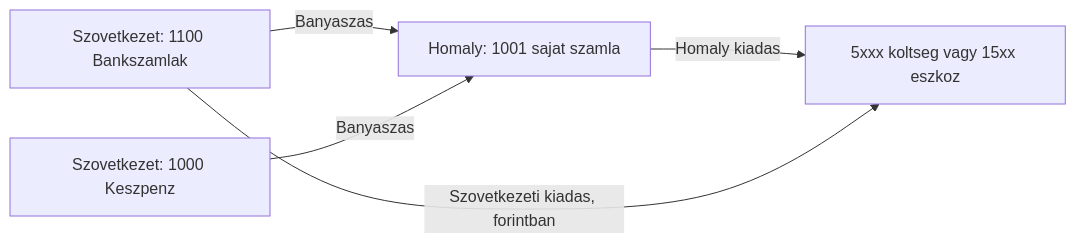
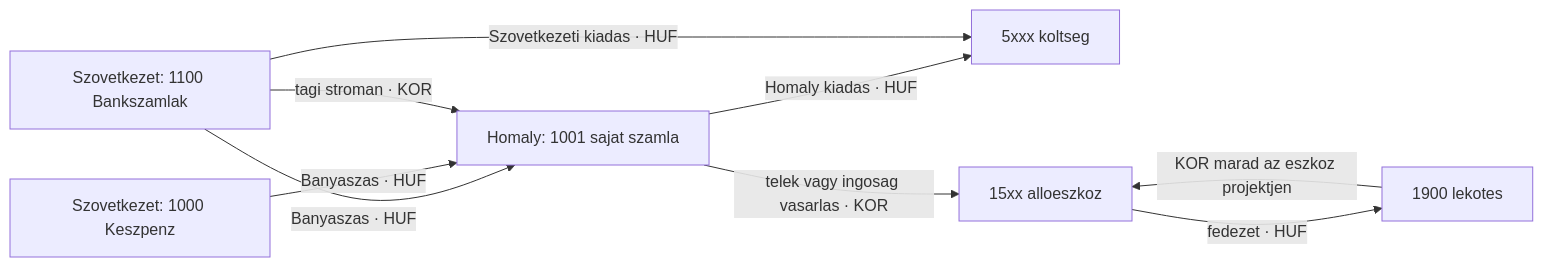
Before and after one commit to pitiboy/curr: the first of 17 diagrams in docs/transaction-workflow.md, drawn with Mermaid. The commit also changed other lines of this file, not shown here.

````diff
--- a/docs/transaction-workflow.md
+++ b/docs/transaction-workflow.md
@@ -54,12 +54,18 @@
 ```mermaid
 flowchart LR
   bank["Szovetkezet: 1100 Bankszamlak"]
   penztar["Szovetkezet: 1000 Keszpenz"]
   sajat["Homaly: 1001 sajat szamla"]
-  koltseg["5xxx koltseg vagy 15xx eszkoz"]
+  koltseg5["5xxx koltseg"]
+  eszkoz15["15xx alloeszkoz"]
+  atv["1900 lekotes"]
 
-  bank -- "Banyaszas" --> sajat
-  penztar -- "Banyaszas" --> sajat
-  sajat -- "Homaly kiadas" --> koltseg
-  bank -- "Szovetkezeti kiadas, forintban" --> koltseg
+  bank -->|"Banyaszas · HUF"| sajat
+  penztar -->|"Banyaszas · HUF"| sajat
+  sajat -->|"Homaly kiadas · HUF"| koltseg5
+  bank -->|"Szovetkezeti kiadas · HUF"| koltseg5
+  bank -->|"tagi stroman · KOR"| sajat
+  sajat -->|"telek vagy ingosag vasarlas · KOR"| eszkoz15
+  eszkoz15 -->|"fedezet · HUF"| atv
+  atv -->|"KOR marad az eszkoz projektjen"| eszkoz15
 ```
````
